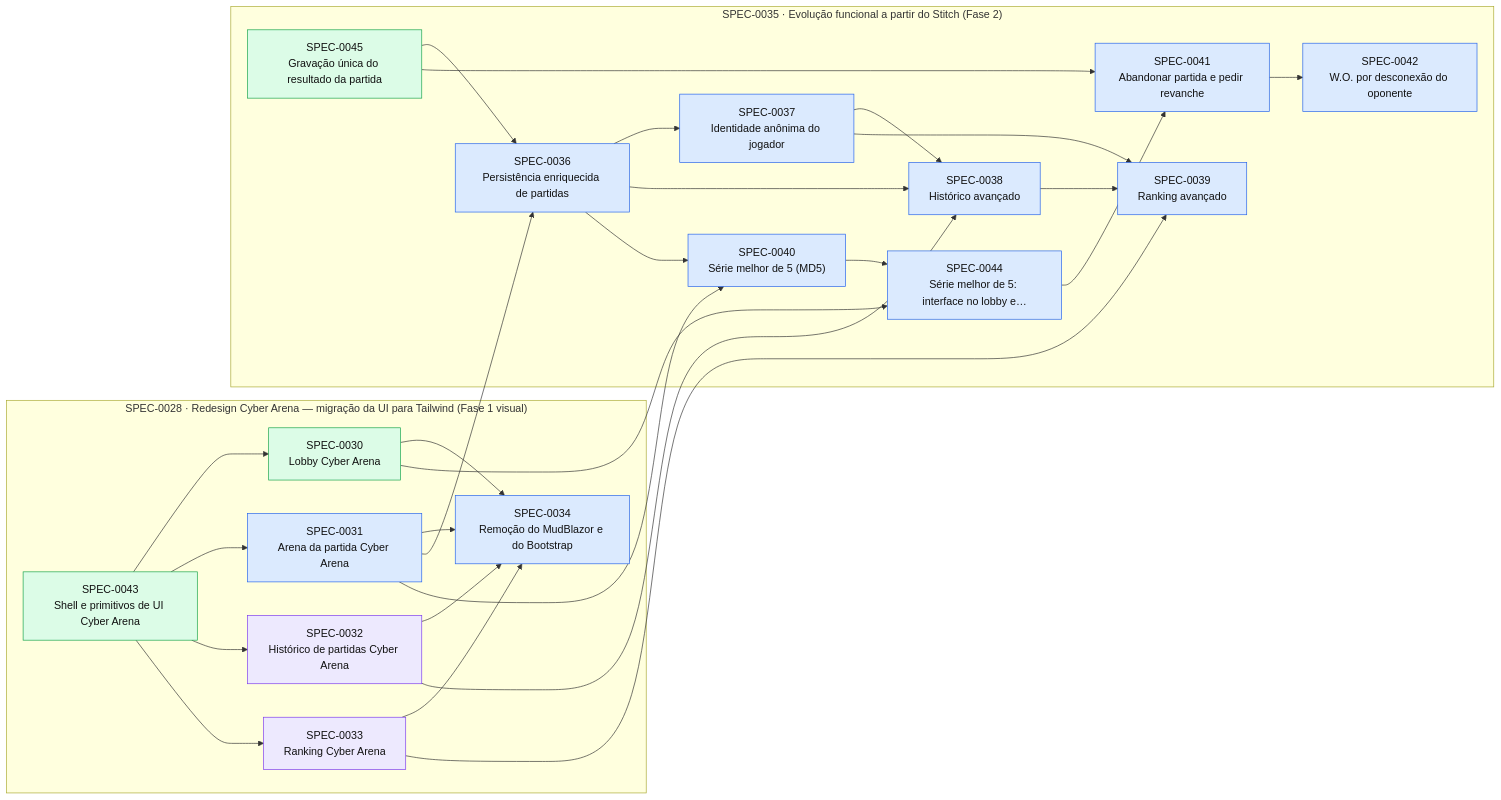
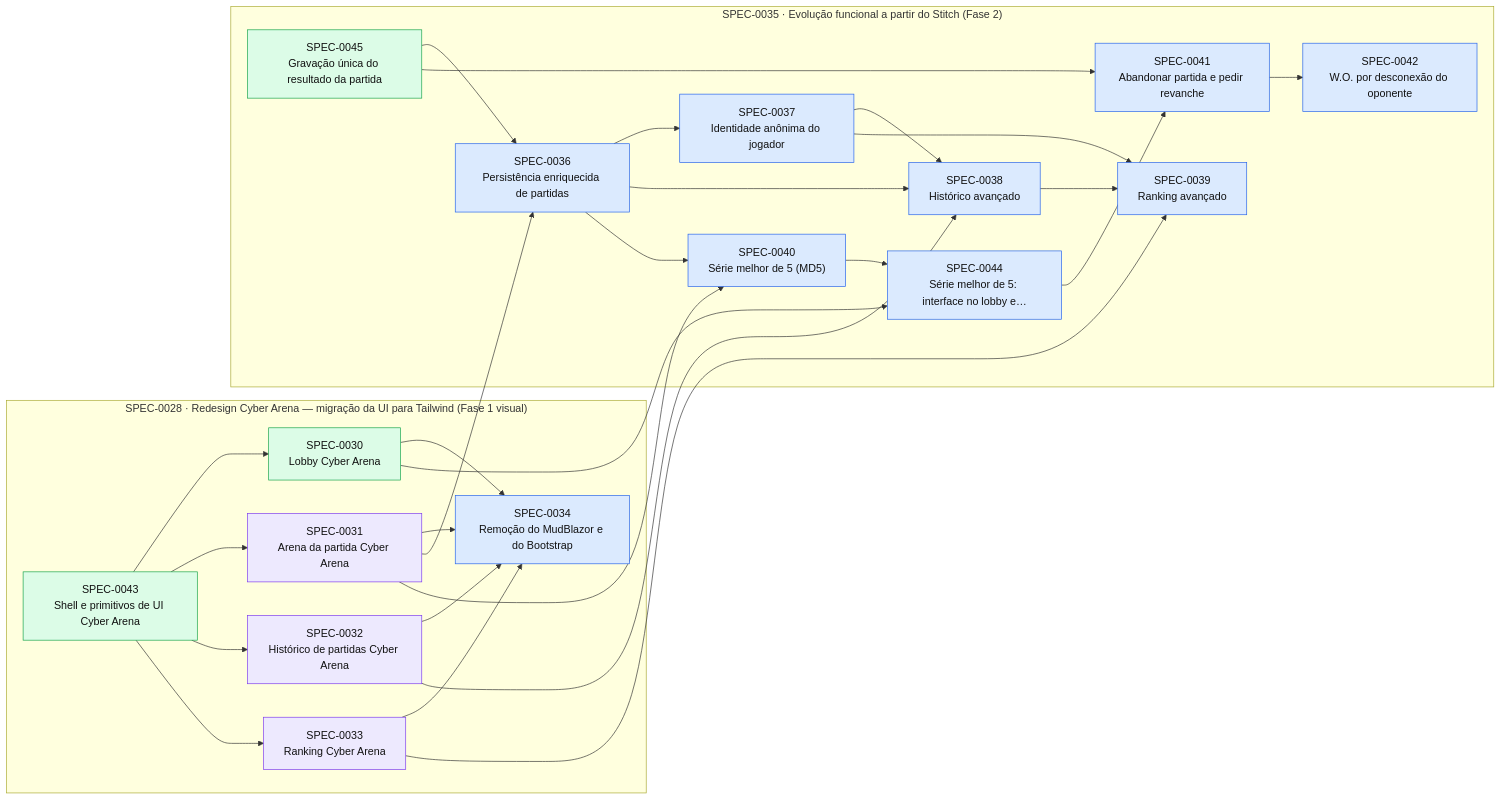
The diagram in docs/specs/INDEX.md (thomasravache/jogo-da-velha-multiplayer), drawn with Mermaid before and after one commit. The commit also changed other lines of this file and 1 other file, not shown here.

First line of the commit message:
docs(specs): registrar gates G1-G4 da SPEC-0031

````diff
--- a/docs/specs/INDEX.md
+++ b/docs/specs/INDEX.md
@@ -47,51 +47,51 @@
 ```mermaid
 flowchart LR
   subgraph E0028["SPEC-0028 · Redesign Cyber Arena — migração da UI para Tailwind (Fase 1 visual)"]
     S0030["SPEC-0030<br/>Lobby Cyber Arena"]:::implemented
-    S0031["SPEC-0031<br/>Arena da partida Cyber Arena"]:::approved
+    S0031["SPEC-0031<br/>Arena da partida Cyber Arena"]:::inprogress
     S0032["SPEC-0032<br/>Histórico de partidas Cyber Arena"]:::inprogress
     S0033["SPEC-0033<br/>Ranking Cyber Arena"]:::inprogress
     S0034["SPEC-0034<br/>Remoção do MudBlazor e do Bootstrap"]:::approved
     S0043["SPEC-0043<br/>Shell e primitivos de UI Cyber Arena"]:::implemented
   end
   subgraph E0035["SPEC-0035 · Evolução funcional a partir do Stitch (Fase 2)"]
     S0036["SPEC-0036<br/>Persistência enriquecida de partidas"]:::approved
     S0037["SPEC-0037<br/>Identidade anônima do jogador"]:::approved
     S0038["SPEC-0038<br/>Histórico avançado"]:::approved
     S0039["SPEC-0039<br/>Ranking avançado"]:::approved
     S0040["SPEC-0040<br/>Série melhor de 5 (MD5)"]:::approved
     S0041["SPEC-0041<br/>Abandonar partida e pedir revanche"]:::approved
     S0042["SPEC-0042<br/>W.O. por desconexão do oponente"]:::approved
     S0044["SPEC-0044<br/>Série melhor de 5: interface no lobby e…"]:::approved
     S0045["SPEC-0045<br/>Gravação única do resultado da partida"]:::implemented
   end
   S0043 --> S0030
   S0043 --> S0031
   S0043 --> S0032
   S0043 --> S0033
   S0030 --> S0034
   S0031 --> S0034
   S0032 --> S0034
   S0033 --> S0034
   S0031 --> S0036
   S0045 --> S0036
   S0036 --> S0037
   S0032 --> S0038
   S0036 --> S0038
   S0037 --> S0038
   S0033 --> S0039
   S0037 --> S0039
   S0038 --> S0039
   S0031 --> S0040
   S0036 --> S0040
   S0044 --> S0041
   S0045 --> S0041
   S0041 --> S0042
   S0030 --> S0044
   S0040 --> S0044
   classDef proposed fill:#fef3c7,stroke:#d97706,color:#111
   classDef approved fill:#dbeafe,stroke:#2563eb,color:#111
   classDef inprogress fill:#ede9fe,stroke:#7c3aed,color:#111
   classDef implemented fill:#dcfce7,stroke:#16a34a,color:#111
   classDef deprecated fill:#f3f4f6,stroke:#9ca3af,color:#6b7280
 ```
````
